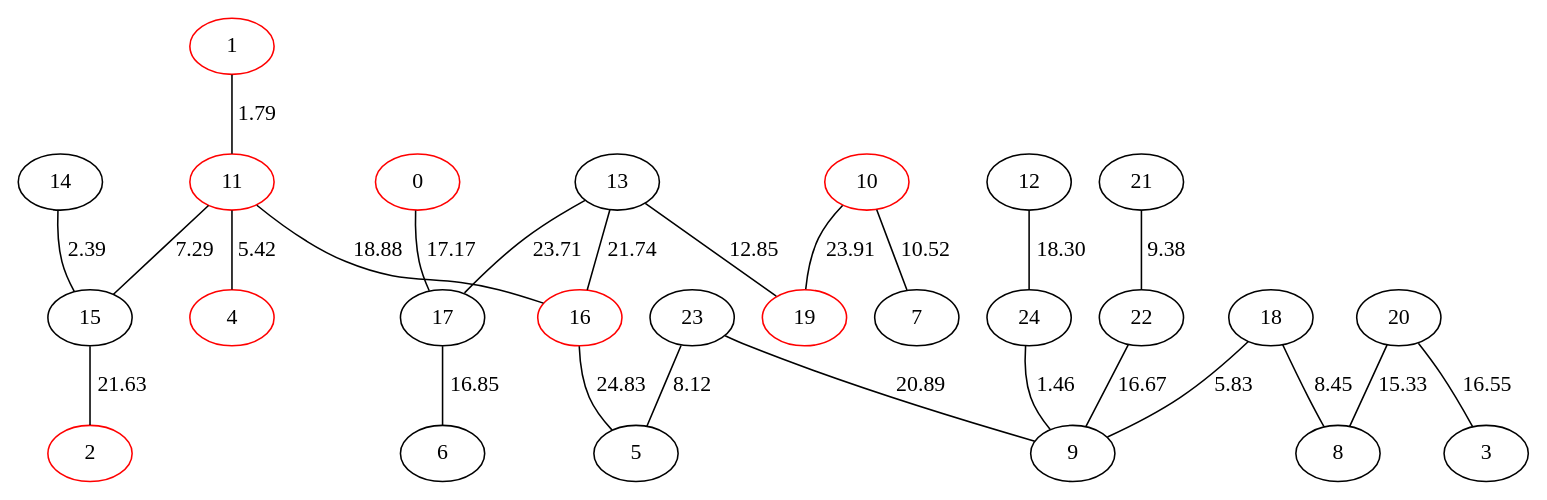
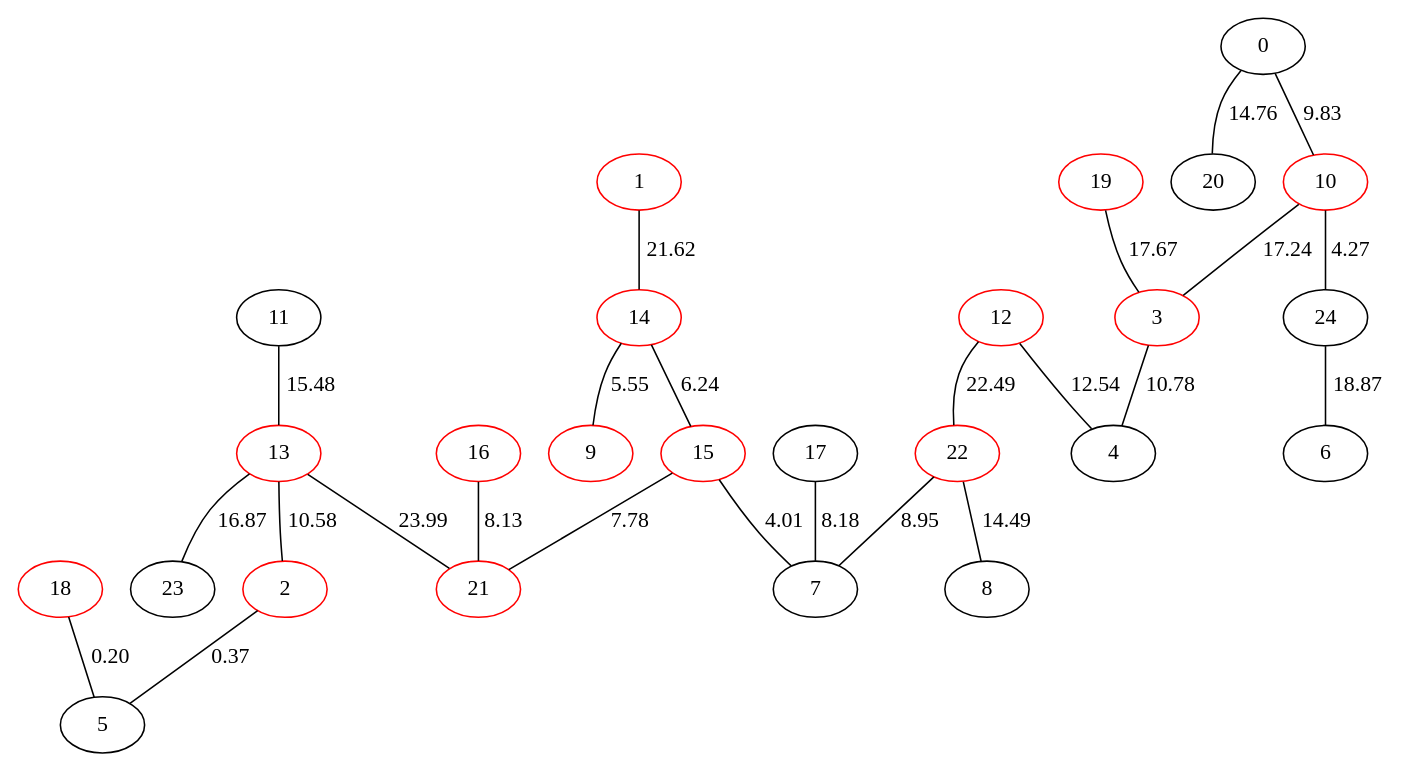
Before and after one commit to Aura9111/SteinerBA: the diagram in example/ConnectedGraph25N.dot, drawn with Graphviz. The commit also changed 27 other files, not shown here.

```diff
--- a/example/ConnectedGraph25N.dot
+++ b/example/ConnectedGraph25N.dot
@@ -1,51 +1,51 @@
 graph {
-22[color=black]
+22[color=red]
 23[color=black]
 24[color=black]
 10[color=red]
-11[color=red]
-12[color=black]
-13[color=black]
-14[color=black]
-15[color=black]
+11[color=black]
+12[color=red]
+13[color=red]
+14[color=red]
+15[color=red]
 16[color=red]
 17[color=black]
-18[color=black]
+18[color=red]
 19[color=red]
-0[color=red]
+0[color=black]
 1[color=red]
 2[color=red]
-3[color=black]
-4[color=red]
+3[color=red]
+4[color=black]
 5[color=black]
 6[color=black]
 7[color=black]
 8[color=black]
-9[color=black]
+9[color=red]
 20[color=black]
-21[color=black]
-11--16[label=18.88]
-23--9[label=20.89]
-11--15[label=7.29]
-22--9[label=16.67]
-20--3[label=16.55]
-15--2[label=21.63]
-13--16[label=21.74]
-21--22[label=9.38]
-14--15[label=2.39]
-13--17[label=23.71]
-13--19[label=12.85]
-23--5[label=8.12]
-20--8[label=15.33]
-0--17[label=17.17]
-24--9[label=1.46]
-10--19[label=23.91]
-12--24[label=18.30]
-10--7[label=10.52]
-1--11[label=1.79]
-16--5[label=24.83]
-17--6[label=16.85]
-11--4[label=5.42]
-18--8[label=8.45]
-18--9[label=5.83]
+21[color=red]
+22--8[label=14.49]
+13--21[label=23.99]
+13--23[label=16.87]
+18--5[label=0.20]
+19--3[label=17.67]
+11--13[label=15.48]
+14--15[label=6.24]
+24--6[label=18.87]
+22--7[label=8.95]
+16--21[label=8.13]
+12--22[label=22.49]
+1--14[label=21.62]
+2--5[label=0.37]
+3--4[label=10.78]
+10--24[label=4.27]
+0--10[label=9.83]
+0--20[label=14.76]
+15--7[label=4.01]
+12--4[label=12.54]
+13--2[label=10.58]
+14--9[label=5.55]
+10--3[label=17.24]
+17--7[label=8.18]
+15--21[label=7.78]
 }
```
